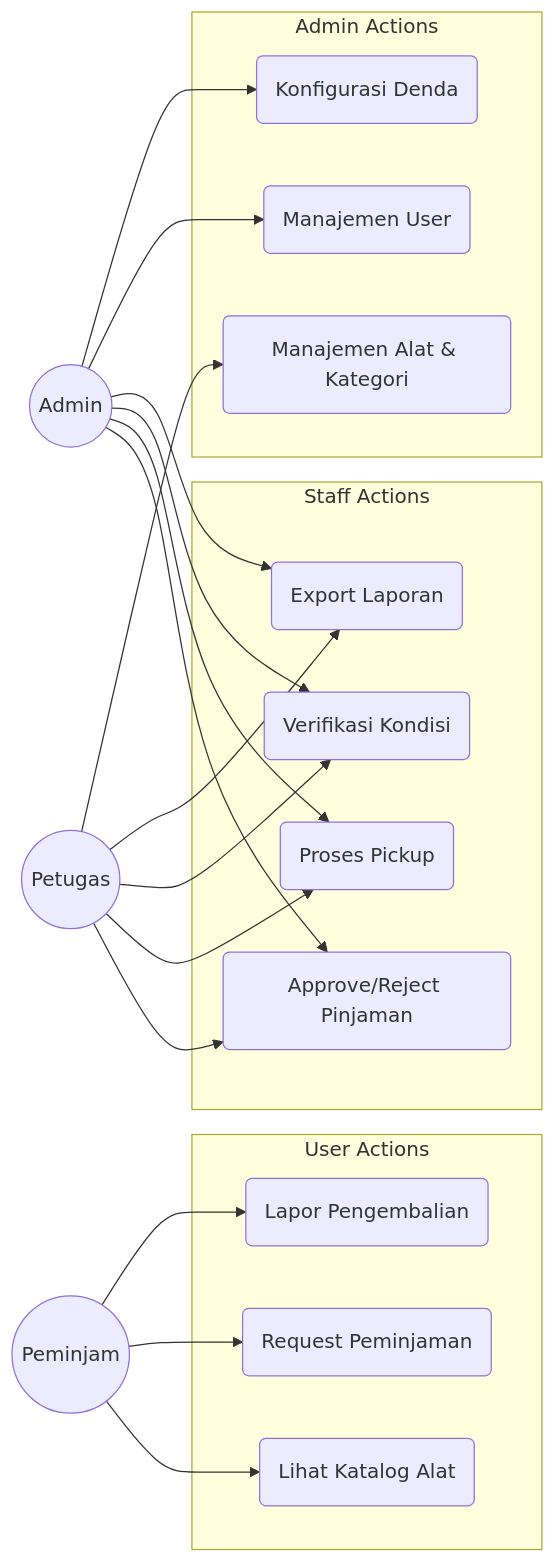
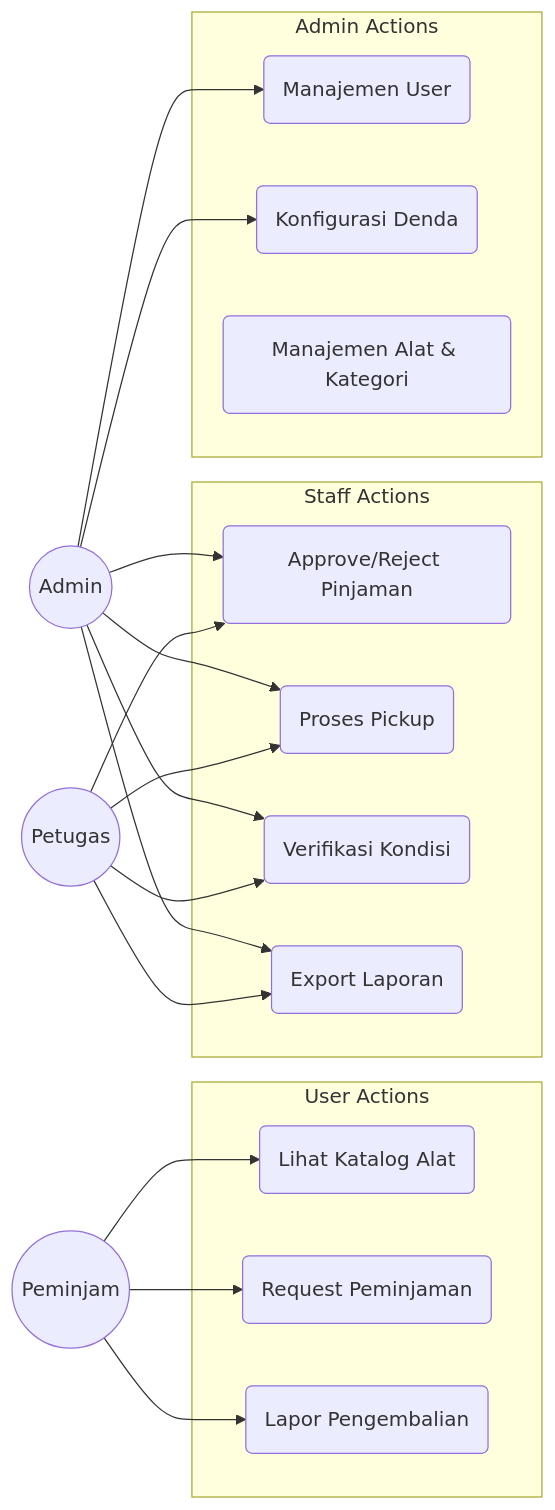
Before and after one commit to Vrdeyy/spk1: the second of 2 diagrams in README.md, drawn with Mermaid.

````diff
--- a/README.md
+++ b/README.md
@@ -67,42 +67,41 @@
 ```mermaid
 flowchart LR
     Peminjam((Peminjam))
     Petugas((Petugas))
     Admin((Admin))
 
     subgraph User_Actions [User Actions]
         P1(Lihat Katalog Alat)
         P2(Request Peminjaman)
         P3(Lapor Pengembalian)
     end
 
     subgraph Staff_Actions [Staff Actions]
         S1(Approve/Reject Pinjaman)
         S2(Proses Pickup)
         S3(Verifikasi Kondisi)
         S4(Export Laporan)
     end
 
     subgraph Admin_Actions [Admin Actions]
         A1(Manajemen User)
         A2(Konfigurasi Denda)
         A3(Manajemen Alat & Kategori)
     end
 
     Peminjam --> P1
     Peminjam --> P2
     Peminjam --> P3
 
     Petugas --> S1
     Petugas --> S2
     Petugas --> S3
     Petugas --> S4
-    Petugas --> A3
 
     Admin --> S1
     Admin --> S2
     Admin --> S3
     Admin --> S4
     Admin --> A1
     Admin --> A2
 ```
````
